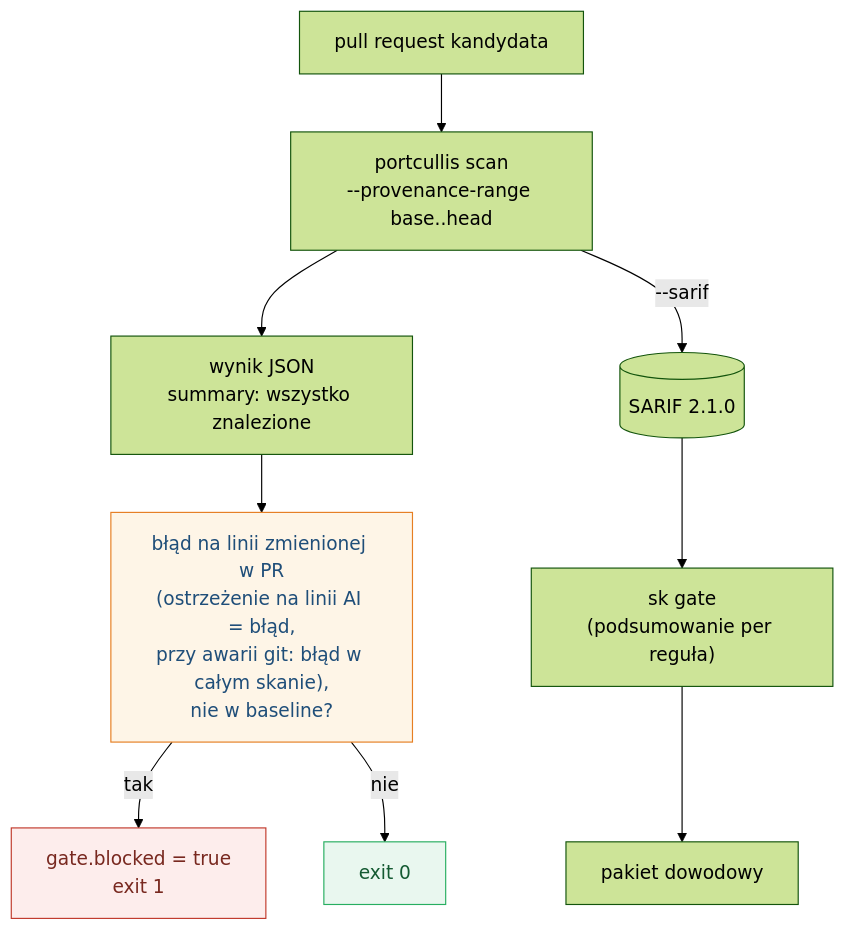
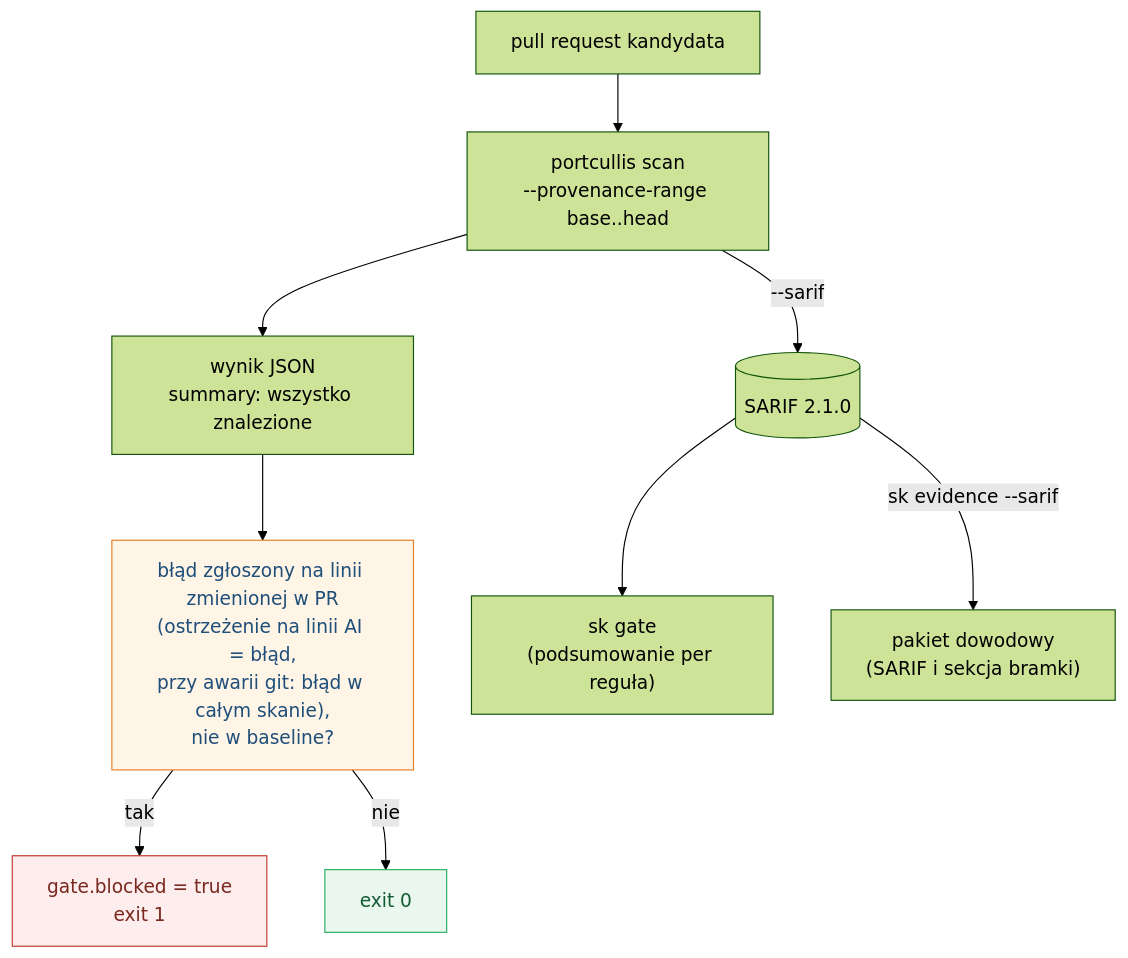
Before and after one commit to konradcinkusz/letsgolegacy.secondkey: the diagram in docs/diagrams/a8-bramka-portcullis.mmd, drawn with Mermaid (forest theme).

Commit message:
Docs audit 4: diagram a8 shows how SARIF really reaches the evidence pack
sk gate only summarizes the SARIF (and exits 1 on a blocking finding); the pack is
assembled by sk evidence --sarif, which reads the SARIF itself and writes the gate
section. The diagram drew sk gate feeding the pack. The decision node now says the
error is reported on a changed line, because a finding reported on an unchanged
line does not block.

Claude-Session: https://claude.ai/code/session_01Tngj9rAYko7mzenUsBCeVa

```diff
--- a/docs/diagrams/a8-bramka-portcullis.mmd
+++ b/docs/diagrams/a8-bramka-portcullis.mmd
@@ -1,15 +1,15 @@
 flowchart TB
   PR["pull request kandydata"] --> SCAN["portcullis scan<br/>--provenance-range base..head"]
   SCAN --> RES["wynik JSON<br/>summary: wszystko znalezione"]
   SCAN -- "--sarif" --> SARIF[("SARIF 2.1.0")]
-  RES --> G["błąd na linii zmienionej w PR<br/>(ostrzeżenie na linii AI = błąd,<br/>przy awarii git: błąd w całym skanie),<br/>nie w baseline?"]
+  RES --> G["błąd zgłoszony na linii zmienionej w PR<br/>(ostrzeżenie na linii AI = błąd,<br/>przy awarii git: błąd w całym skanie),<br/>nie w baseline?"]
   G -- tak --> BLK["gate.blocked = true<br/>exit 1"]
   G -- nie --> OK["exit 0"]
   SARIF --> SKG["sk gate<br/>(podsumowanie per reguła)"]
-  SKG --> PACK["pakiet dowodowy"]
+  SARIF -- "sk evidence --sarif" --> PACK["pakiet dowodowy<br/>(SARIF i sekcja bramki)"]
   classDef q fill:#FEF5E7,stroke:#E67E22,color:#1F4E79
   classDef bad fill:#FDEDEC,stroke:#C0392B,color:#78281F
   classDef good fill:#E9F7EF,stroke:#27AE60,color:#145A32
   class G q
   class BLK bad
   class OK good
```
